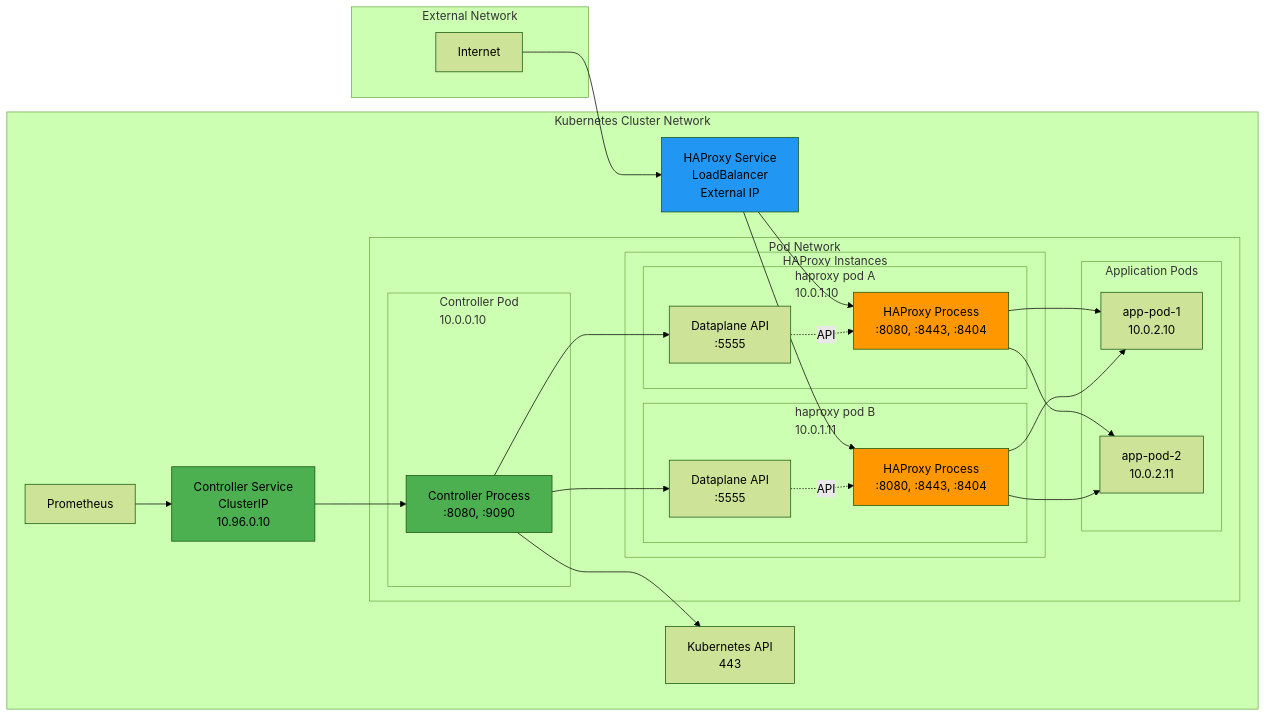
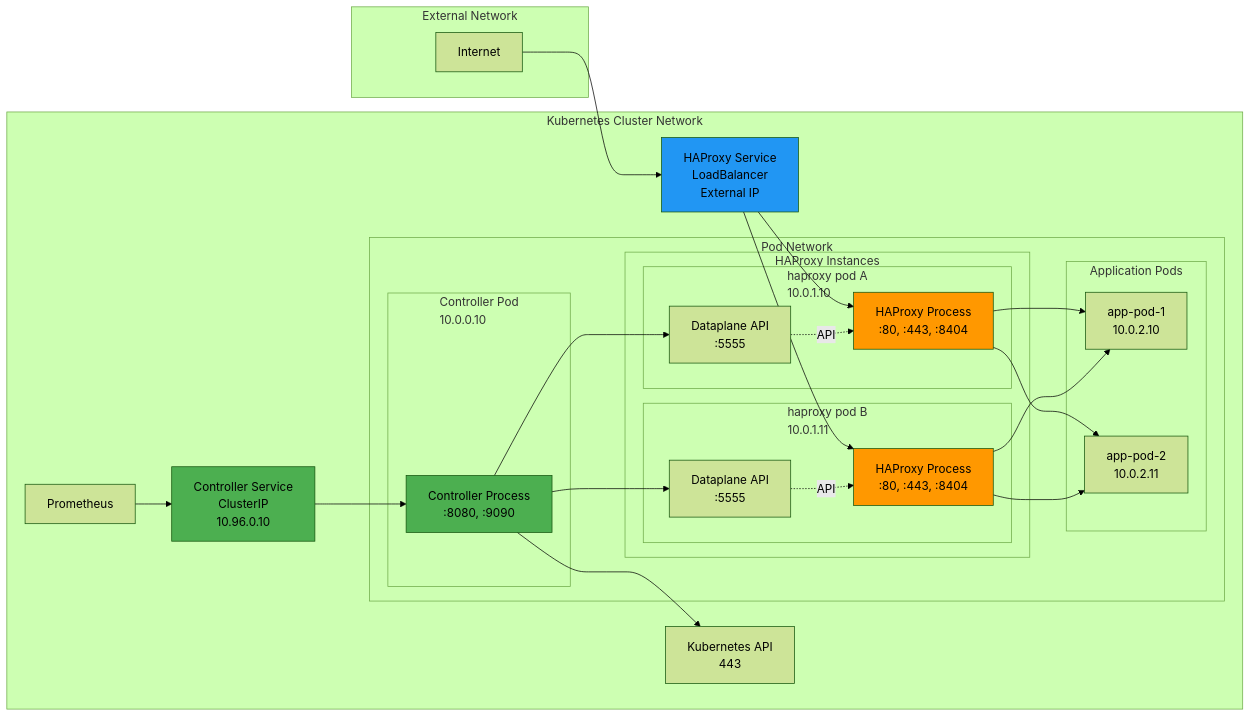
The third of 3 diagrams in docs/controller/docs/development/design/deployment.md (HAProxy-Template-IC/haproxy-template-ingress-controller), drawn with Mermaid (forest theme) before and after one commit. The commit also changed other lines of this file and 152 other files, not shown here.

````diff
--- a/docs/controller/docs/development/design/deployment.md
+++ b/docs/controller/docs/development/design/deployment.md
@@ -138,62 +138,62 @@
 ```mermaid
 graph LR
     subgraph "External Network"
         INET[Internet]
     end
 
     subgraph "Kubernetes Cluster Network"
         HAP_LB[HAProxy Service<br/>LoadBalancer<br/>External IP]
         CTRL_SVC_NET[Controller Service<br/>ClusterIP<br/>10.96.0.10]
 
         subgraph "Pod Network"
             subgraph "Controller Pod<br/>10.0.0.10"
                 CTRL[Controller Process<br/>:8080, :9090]
             end
 
             subgraph "HAProxy Instances"
                 subgraph "haproxy pod A<br/>10.0.1.10"
-                    HAP1[HAProxy Process<br/>:8080, :8443, :8404]
+                    HAP1[HAProxy Process<br/>:80, :443, :8404]
                     DP1[Dataplane API<br/>:5555]
                 end
 
                 subgraph "haproxy pod B<br/>10.0.1.11"
-                    HAP2[HAProxy Process<br/>:8080, :8443, :8404]
+                    HAP2[HAProxy Process<br/>:80, :443, :8404]
                     DP2[Dataplane API<br/>:5555]
                 end
             end
 
             subgraph "Application Pods"
                 APP1[app-pod-1<br/>10.0.2.10]
                 APP2[app-pod-2<br/>10.0.2.11]
             end
         end
 
         KUBE_API[Kubernetes API<br/>443]
         PROM_NET[Prometheus]
     end
 
     INET --> HAP_LB
     HAP_LB --> HAP1
     HAP_LB --> HAP2
 
     CTRL_SVC_NET --> CTRL
     PROM_NET --> CTRL_SVC_NET
 
     CTRL --> KUBE_API
     CTRL --> DP1
     CTRL --> DP2
 
     HAP1 --> APP1
     HAP1 --> APP2
     HAP2 --> APP1
     HAP2 --> APP2
 
     DP1 -.API.-> HAP1
     DP2 -.API.-> HAP2
 
     style CTRL fill:#4CAF50
     style HAP1 fill:#FF9800
     style HAP2 fill:#FF9800
     style HAP_LB fill:#2196F3
     style CTRL_SVC_NET fill:#4CAF50
 ```
````
